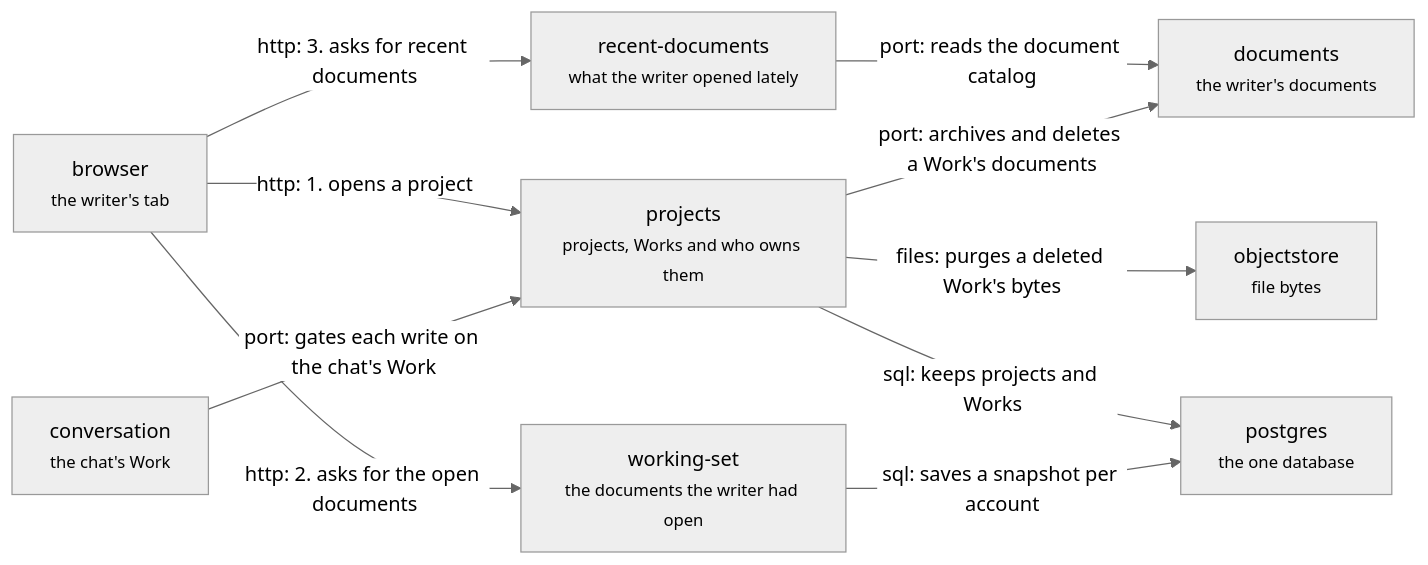
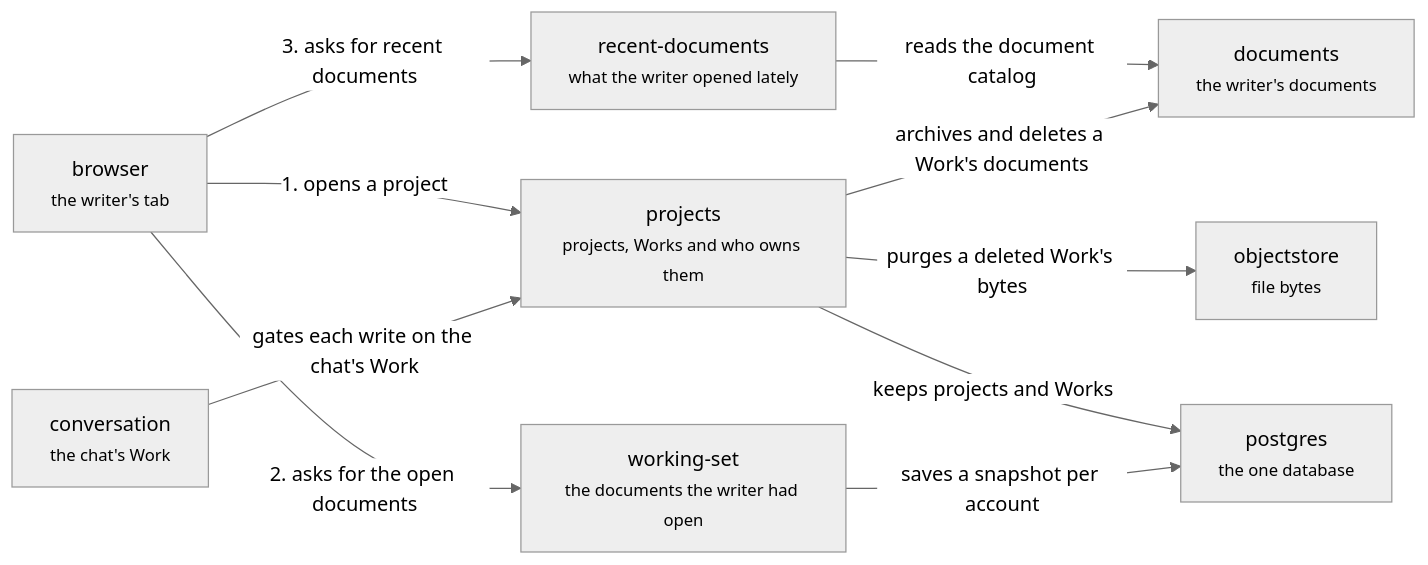
One commit to haowjy/meridian-flow changed the diagram in .context/system-architecture/server-workspace.md. Above: the diagram before and after it, drawn with Mermaid (neutral theme). The commit also changed 13 other files, not shown here.

````diff
--- a/.context/system-architecture/server-workspace.md
+++ b/.context/system-architecture/server-workspace.md
@@ -5,20 +5,20 @@
 ```mermaid
 flowchart LR
   projects["projects<br/><small>projects, Works and who owns them</small>"]:::domain
   working-set["working-set<br/><small>the documents the writer had open</small>"]:::domain
   recent-documents["recent-documents<br/><small>what the writer opened lately</small>"]:::domain
   browser["browser<br/><small>the writer's tab</small>"]:::context
   conversation["conversation<br/><small>the chat's Work</small>"]:::context
   documents["documents<br/><small>the writer's documents</small>"]:::context
   postgres["postgres<br/><small>the one database</small>"]:::context
   objectstore["objectstore<br/><small>file bytes</small>"]:::context
-  browser -->|"http: 1. opens a project"| projects
-  browser -->|"http: 2. asks for the open documents"| working-set
-  browser -->|"http: 3. asks for recent documents"| recent-documents
-  recent-documents -->|"port: reads the document catalog"| documents
-  projects -->|"port: archives and deletes a Work's documents"| documents
-  projects -->|"files: purges a deleted Work's bytes"| objectstore
-  conversation -->|"port: gates each write on the chat's Work"| projects
-  projects -->|"sql: keeps projects and Works"| postgres
-  working-set -->|"sql: saves a snapshot per account"| postgres
+  browser -->|"1. opens a project"| projects
+  browser -->|"2. asks for the open documents"| working-set
+  browser -->|"3. asks for recent documents"| recent-documents
+  recent-documents -->|"reads the document catalog"| documents
+  projects -->|"archives and deletes a Work's documents"| documents
+  projects -->|"purges a deleted Work's bytes"| objectstore
+  conversation -->|"gates each write on the chat's Work"| projects
+  projects -->|"keeps projects and Works"| postgres
+  working-set -->|"saves a snapshot per account"| postgres
 ```
````
